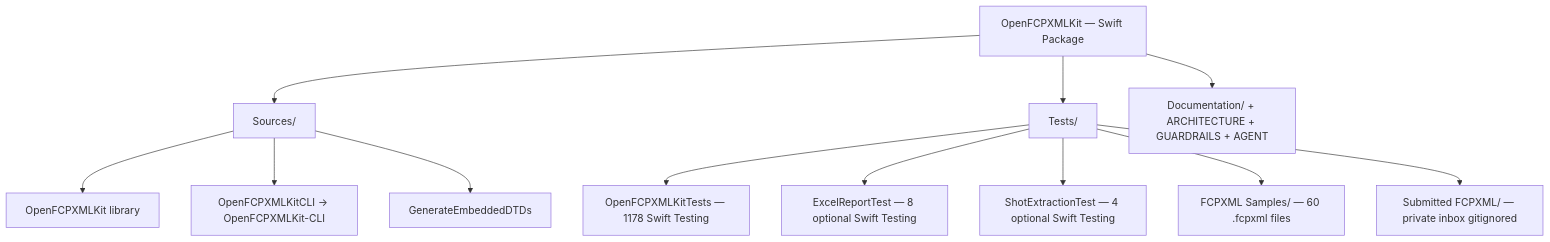
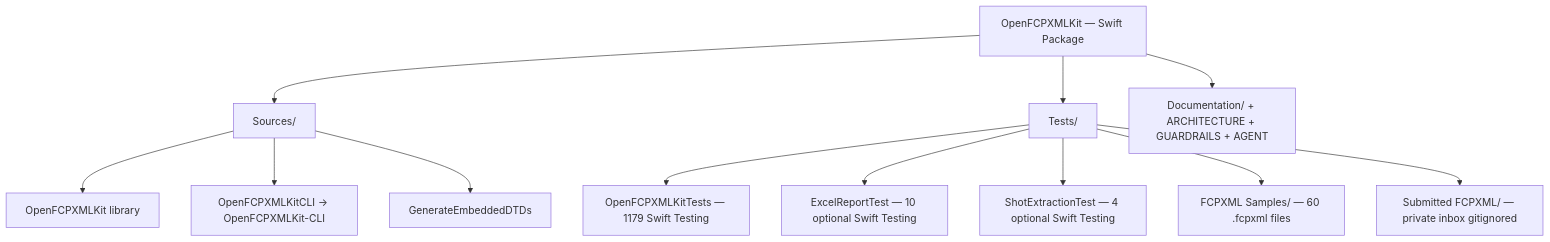
Before and after one commit to TheAcharya/OpenFCPXMLKit: the first of 6 diagrams in ARCHITECTURE.md, drawn with Mermaid. The commit also changed other lines of this file and 17 other files, not shown here.

````diff
--- a/ARCHITECTURE.md
+++ b/ARCHITECTURE.md
@@ -217,18 +220,18 @@
 ```mermaid
 flowchart TB
     Pkg["OpenFCPXMLKit — Swift Package"]
 
     Pkg --> SRC["Sources/"]
     Pkg --> TST["Tests/"]
     Pkg --> DOC["Documentation/ + ARCHITECTURE + GUARDRAILS + AGENT"]
 
     SRC --> LIB["OpenFCPXMLKit library"]
     SRC --> CLI["OpenFCPXMLKitCLI → OpenFCPXMLKit-CLI"]
     SRC --> GEN["GenerateEmbeddedDTDs"]
 
-    TST --> OKT["OpenFCPXMLKitTests — 1178 Swift Testing"]
-    TST --> ERT["ExcelReportTest — 8 optional Swift Testing"]
+    TST --> OKT["OpenFCPXMLKitTests — 1179 Swift Testing"]
+    TST --> ERT["ExcelReportTest — 10 optional Swift Testing"]
     TST --> SET["ShotExtractionTest — 4 optional Swift Testing"]
     TST --> SMP["FCPXML Samples/ — 60 .fcpxml files"]
     TST --> SUB["Submitted FCPXML/ — private inbox gitignored"]
 ```
````
